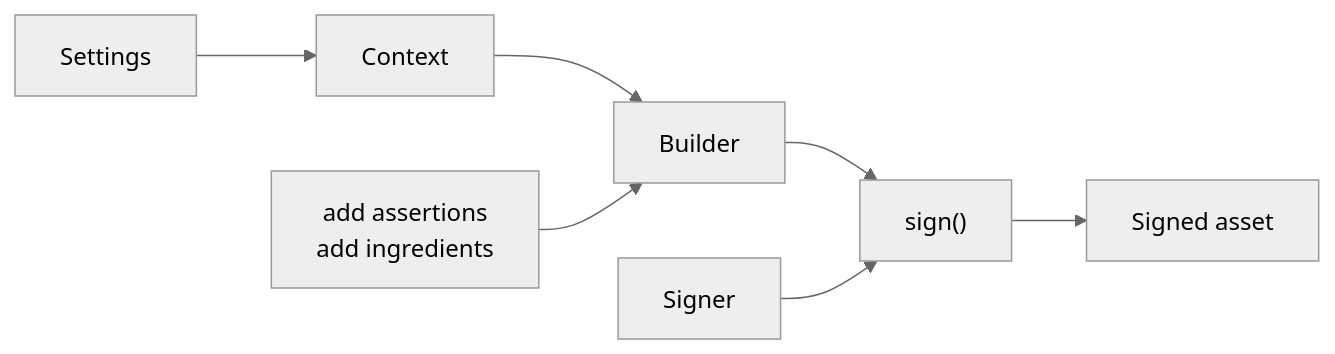
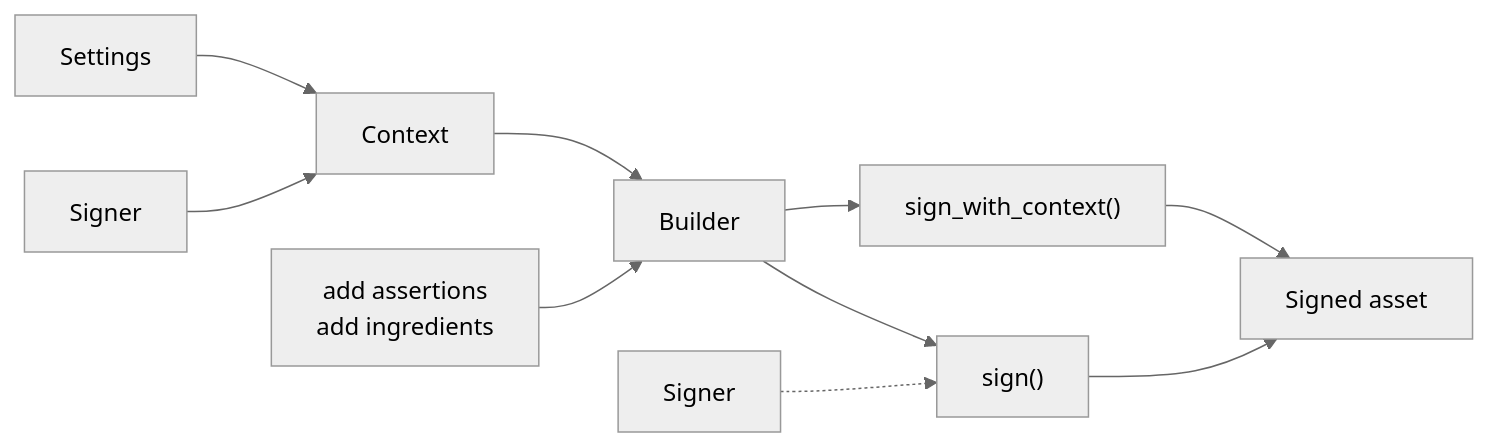
The third of 3 diagrams in docs/context.md (contentauth/c2pa-python), drawn with Mermaid (neutral theme) before and after one commit. The commit also changed other lines of this file, not shown here.

````diff
--- a/docs/context.md
+++ b/docs/context.md
@@ -187,9 +187,12 @@
 ```mermaid
 flowchart LR
     A["Settings"] --> B["Context"]
+    F[Signer] --> B
     B --> C[Builder]
-    C --> D["sign()"]
+    G["add assertions<br>add ingredients"] --> C
+    C --> D["sign_with_context()"]
     D --> E[Signed asset]
-    F[Signer] --> D
-    G[add assertions\nadd ingredients] --> C
+    F2[Signer] -.-> D2["sign()"]
+    C --> D2
+    D2 --> E
 ```
````
